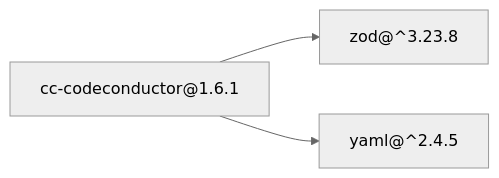
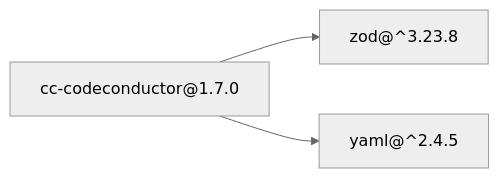
Before and after one commit to lgzarturo/codeconductor: the diagram in README.md, drawn with Mermaid (neutral theme). The commit also changed other lines of this file and 6 other files, not shown here.

````diff
--- a/README.md
+++ b/README.md
@@ -347,8 +347,8 @@
 ```mermaid
 graph LR
-  cc["cc-codeconductor@1.6.1"]
+  cc["cc-codeconductor@1.7.0"]
   zod["zod@^3.23.8"]
   yaml["yaml@^2.4.5"]
   cc --> zod
   cc --> yaml
 ```
````
